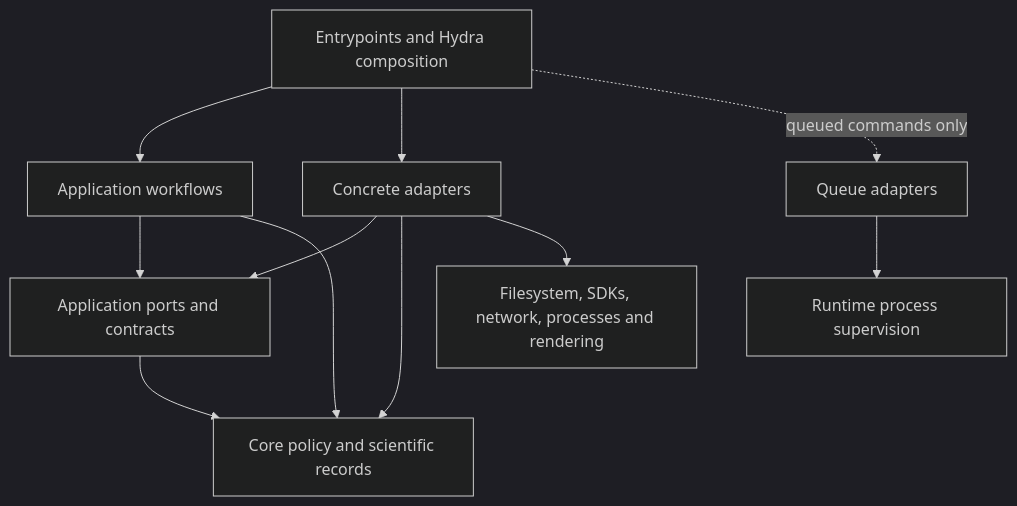
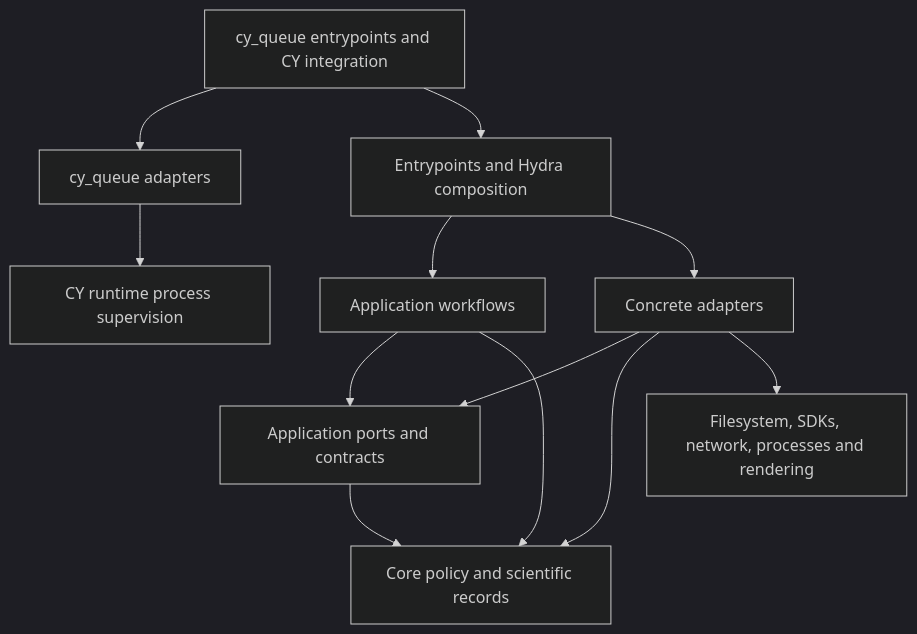
Before and after one commit to BuckanovNikita/clearml-yolo: the diagram in docs/module-architecture.md, drawn with Mermaid (dark theme). The commit also changed other lines of this file and 121 other files, not shown here.

````diff
--- a/docs/module-architecture.md
+++ b/docs/module-architecture.md
@@ -7,13 +7,14 @@
 ```mermaid
 flowchart TD
     Entry[Entrypoints and Hydra composition] --> App[Application workflows]
     Entry --> Adapter[Concrete adapters]
     App --> Ports[Application ports and contracts]
     App --> Core[Core policy and scientific records]
     Adapter --> Ports
     Adapter --> Core
     Ports --> Core
     Adapter --> Effects[Filesystem, SDKs, network, processes and rendering]
-    Queue[Queue adapters] --> Runtime[Runtime process supervision]
-    Entry -. queued commands only .-> Queue
+    Queue[cy_queue adapters] --> Runtime[CY runtime process supervision]
+    QueueEntry[cy_queue entrypoints and CY integration] --> Queue
+    QueueEntry --> Entry
 ```
````
